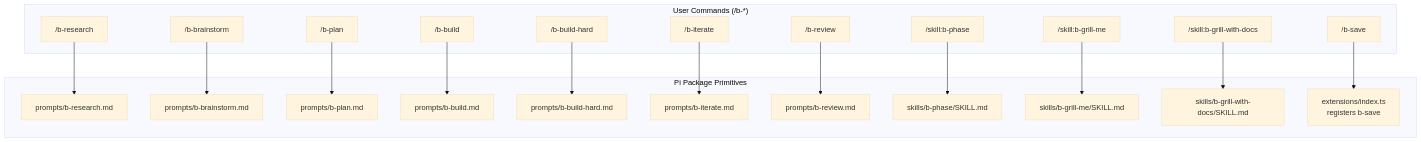
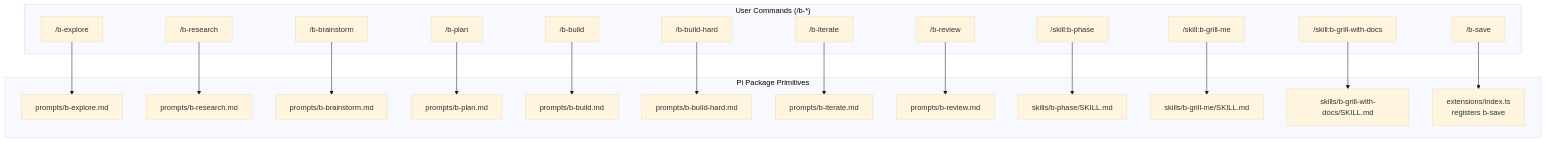
One commit to evilbuck/buck-workflow-pi changed the third of 3 diagrams in docs/buck-workflow.md. Above: the diagram before and after it, drawn with Mermaid (base theme). The commit also changed other lines of this file and 20 other files, not shown here.

````diff
--- a/docs/buck-workflow.md
+++ b/docs/buck-workflow.md
@@ -165,42 +172,45 @@
 ```mermaid
 flowchart TD
     subgraph Commands["User Commands (/b-*)"]
+        C0["/b-explore"]
         C1["/b-research"]
         C2["/b-brainstorm"]
         C3["/b-plan"]
         C4["/b-build"]
         C5["/b-build-hard"]
         C6["/b-iterate"]
         C7["/b-review"]
         C8["/b-save"]
         C9["/skill:b-phase"]
         C10["/skill:b-grill-me"]
         C11["/skill:b-grill-with-docs"]
     end
 
     subgraph PiPrimitives["Pi Package Primitives"]
+        P0["prompts/b-explore.md"]
         P1["prompts/b-research.md"]
         P2["prompts/b-brainstorm.md"]
         P3["prompts/b-plan.md"]
         P4["prompts/b-build.md"]
         P5["prompts/b-build-hard.md"]
         P6["prompts/b-iterate.md"]
         P7["prompts/b-review.md"]
         P8["skills/b-phase/SKILL.md"]
         P9["skills/b-grill-me/SKILL.md"]
         P10["skills/b-grill-with-docs/SKILL.md"]
         E1["extensions/index.ts<br/>registers b-save"]
     end
 
+    C0 --> P0
     C1 --> P1
     C2 --> P2
     C3 --> P3
     C4 --> P4
     C5 --> P5
     C6 --> P6
     C7 --> P7
     C8 --> E1
     C9 --> P8
     C10 --> P9
     C11 --> P10
 ```
````
